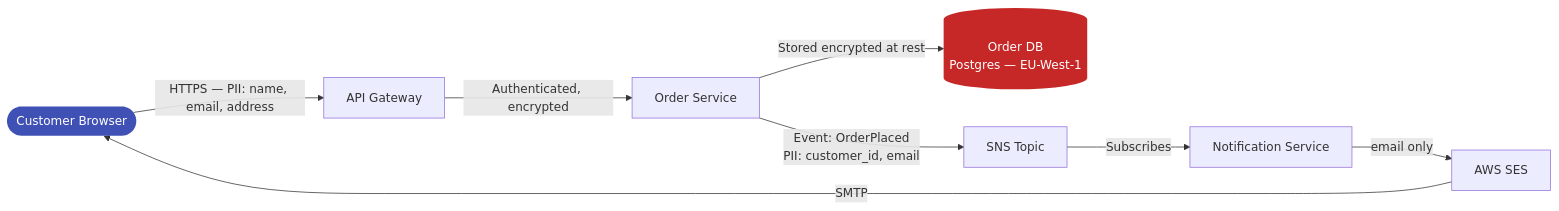
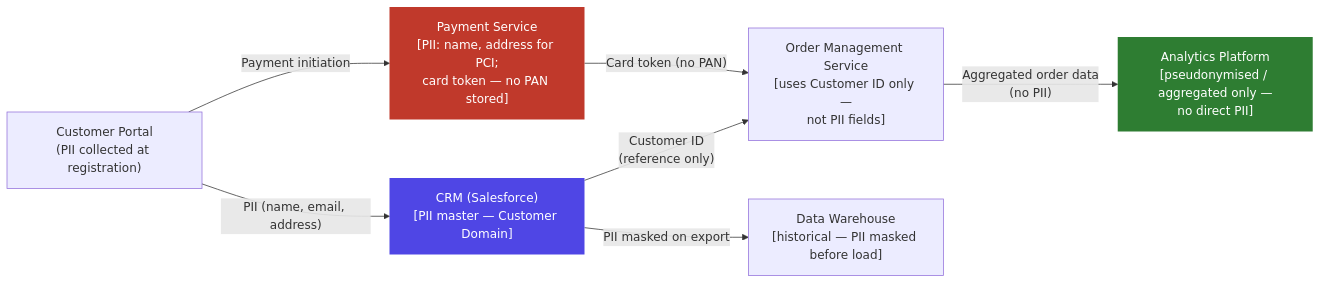
Before and after one commit to Yuvarajsfcloud/Knowledge-Library: the fourth of 4 diagrams in docs/knowledge/adm/information-systems/data-architecture.md, drawn with Mermaid. The commit also changed other lines of this file and 6 other files, not shown here.

````diff
--- a/docs/knowledge/adm/information-systems/data-architecture.md
+++ b/docs/knowledge/adm/information-systems/data-architecture.md
@@ -113,13 +195,20 @@
-```mermaid
+``` mermaid
 flowchart LR
-    U([Customer Browser]) -->|HTTPS — PII: name, email, address| API[API Gateway]
-    API -->|Authenticated, encrypted| OS[Order Service]
-    OS -->|Stored encrypted at rest| DB[(Order DB\nPostgres — EU-West-1)]
-    OS -->|Event: OrderPlaced\nPII: customer_id, email| BUS[SNS Topic]
-    BUS -->|Subscribes| NS[Notification Service]
-    NS -->|email only| SES[AWS SES]
-    SES -->|SMTP| U
+    CustPortal["Customer Portal\n(PII collected at registration)"]
+    CRM["CRM (Salesforce)\n[PII master — Customer Domain]"]
+    OMS["Order Management Service\n[uses Customer ID only —\nnot PII fields]"]
+    Pay["Payment Service\n[PII: name, address for PCI;\ncard token — no PAN stored]"]
+    Analytics["Analytics Platform\n[pseudonymised / aggregated only —\nno direct PII]"]
+    DWH["Data Warehouse\n[historical — PII masked before load]"]
 
-    style DB fill:#c62828,color:#fff,stroke:none
-    style U fill:#4051b5,color:#fff,stroke:none
+    CustPortal -->|"PII (name, email, address)"| CRM
+    CRM -->|"Customer ID\n(reference only)"| OMS
+    CustPortal -->|"Payment initiation"| Pay
+    Pay -->|"Card token (no PAN)"| OMS
+    OMS -->|"Aggregated order data\n(no PII)"| Analytics
+    CRM -->|"PII masked on export"| DWH
+
+    style CRM fill:#4F46E5,color:#fff,stroke:none
+    style Pay fill:#c0392b,color:#fff,stroke:none
+    style Analytics fill:#2e7d32,color:#fff,stroke:none
 ```
````
